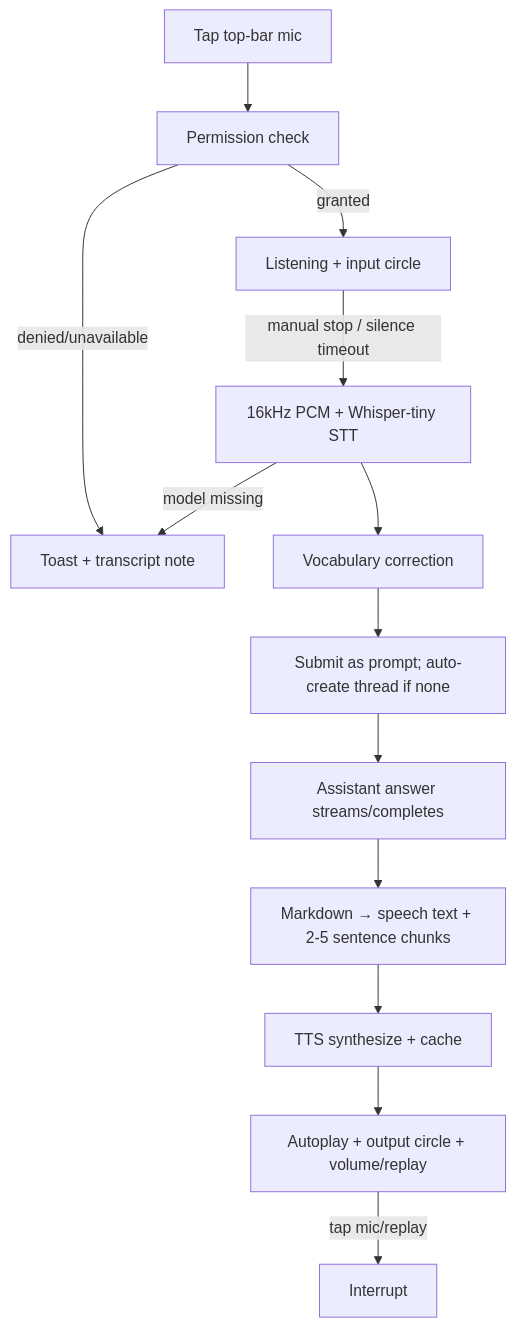
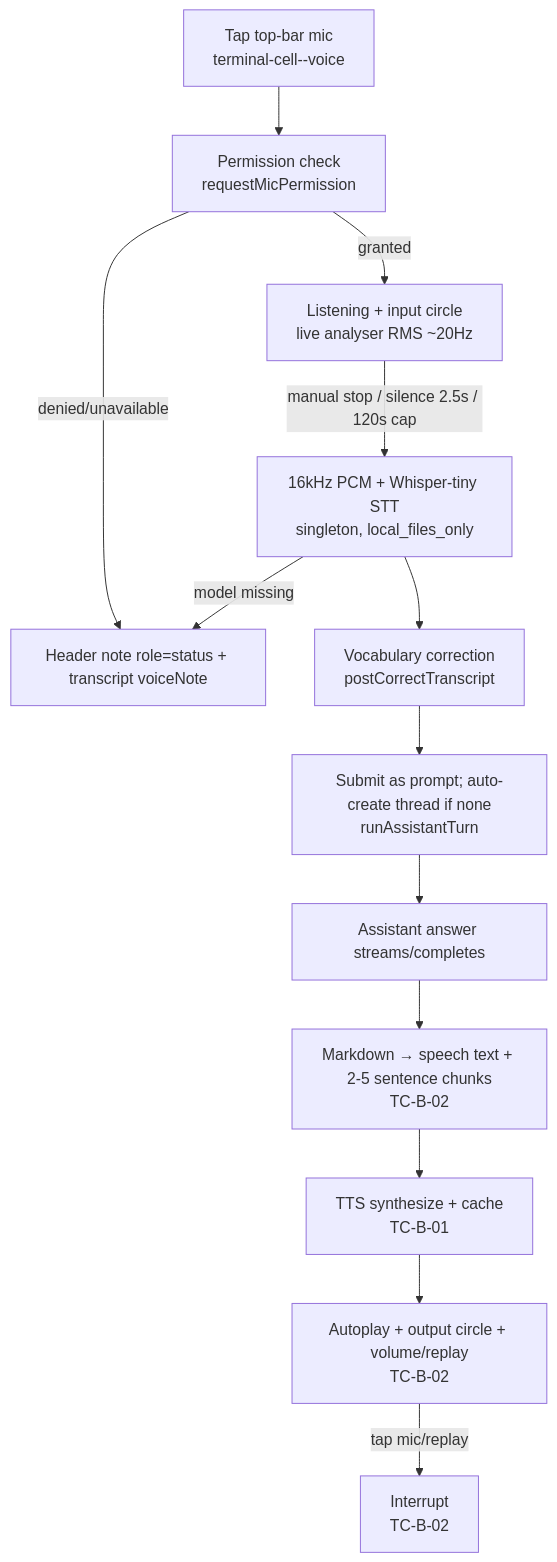
The diagram in project_management/architecture/diagrams/flow-assistant-voice.md (flerli/subway), drawn with Mermaid before and after one commit. The commit also changed other lines of this file and 68 other files, not shown here.

````diff
--- a/project_management/architecture/diagrams/flow-assistant-voice.md
+++ b/project_management/architecture/diagrams/flow-assistant-voice.md
@@ -5,15 +5,15 @@
 ```mermaid
 flowchart TD
-    A[Tap top-bar mic] --> B[Permission check]
-    B -->|denied/unavailable| E1[Toast + transcript note]
-    B -->|granted| C[Listening + input circle]
-    C -->|manual stop / silence timeout| D[16kHz PCM + Whisper-tiny STT]
+    A[Tap top-bar mic<br/>terminal-cell--voice] --> B[Permission check<br/>requestMicPermission]
+    B -->|denied/unavailable| E1[Header note role=status + transcript voiceNote]
+    B -->|granted| C[Listening + input circle<br/>live analyser RMS ~20Hz]
+    C -->|manual stop / silence 2.5s / 120s cap| D[16kHz PCM + Whisper-tiny STT<br/>singleton, local_files_only]
     D -->|model missing| E1
-    D --> V[Vocabulary correction]
-    V --> S[Submit as prompt; auto-create thread if none]
+    D --> V[Vocabulary correction<br/>postCorrectTranscript]
+    V --> S[Submit as prompt; auto-create thread if none<br/>runAssistantTurn]
     S --> T[Assistant answer streams/completes]
-    T --> M[Markdown → speech text + 2-5 sentence chunks]
-    M --> Y[TTS synthesize + cache]
-    Y --> P[Autoplay + output circle + volume/replay]
-    P -->|tap mic/replay| X[Interrupt]
+    T --> M[Markdown → speech text + 2-5 sentence chunks<br/>TC-B-02]
+    M --> Y[TTS synthesize + cache<br/>TC-B-01]
+    Y --> P[Autoplay + output circle + volume/replay<br/>TC-B-02]
+    P -->|tap mic/replay| X[Interrupt<br/>TC-B-02]
 ```
````
